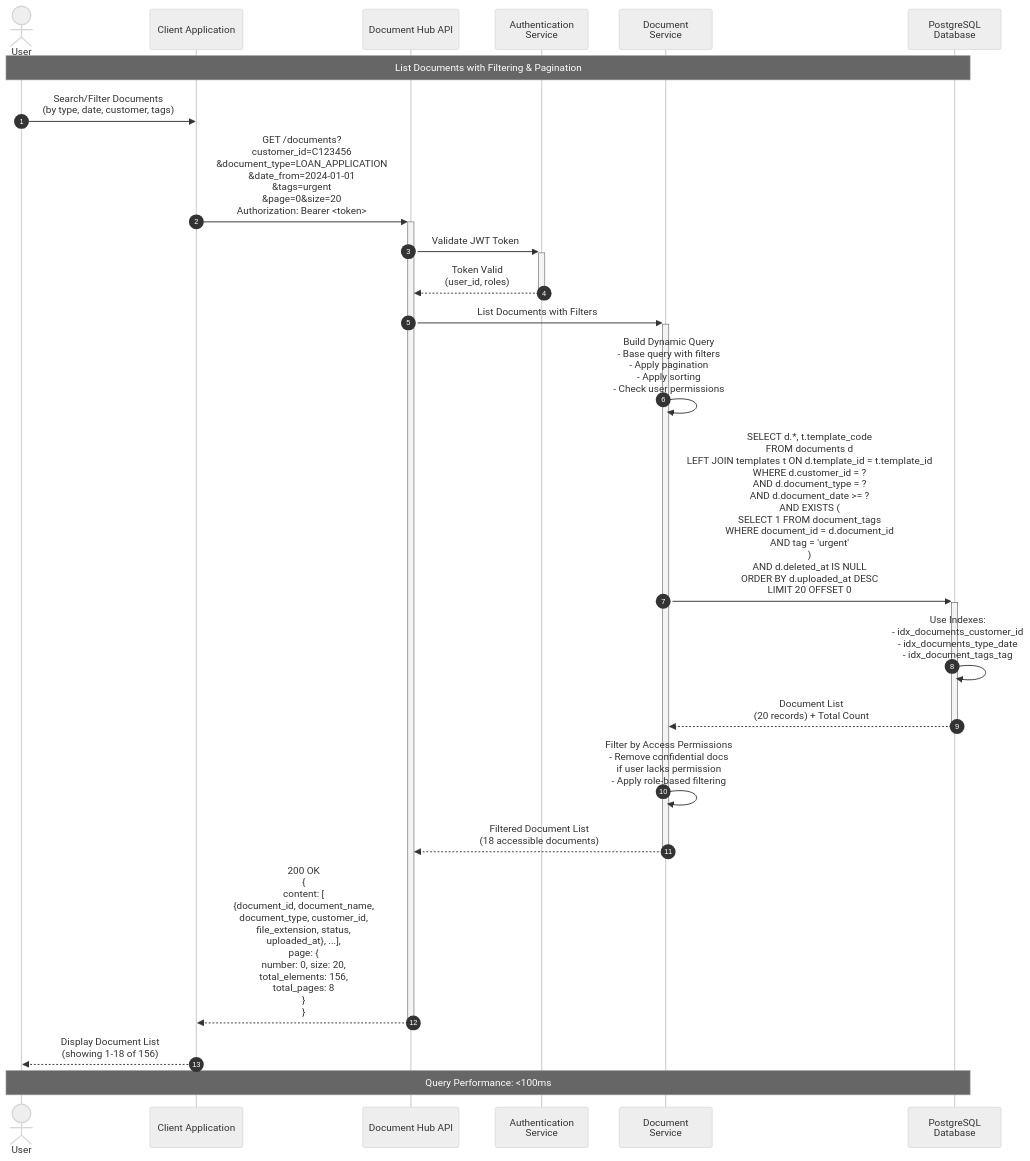
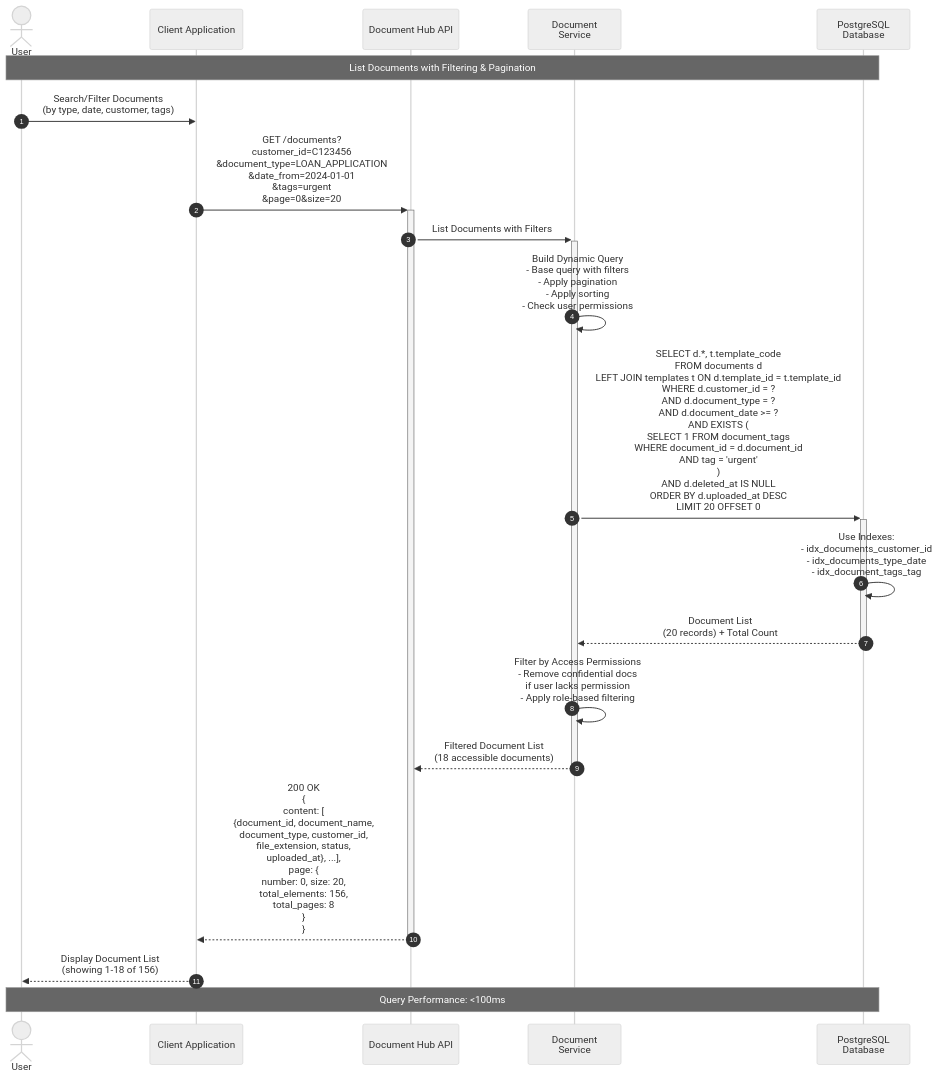
One commit to ghmd86/document-hub changed the third of 3 diagrams in document_retrieval_download_flow_sequence_diagram.md. Above: the diagram before and after it, drawn with Mermaid (neutral theme). The commit also changed other lines of this file and 5 other files, not shown here.

First line of the commit message:
Remove authentication steps from sequence diagrams

````diff
--- a/document_retrieval_download_flow_sequence_diagram.md
+++ b/document_retrieval_download_flow_sequence_diagram.md
@@ -137,38 +129,34 @@
 ```mermaid
 sequenceDiagram
     autonumber
     actor User
     participant Client as Client Application
     participant API as Document Hub API
-    participant Auth as Authentication<br/>Service
     participant DocService as Document<br/>Service
     participant DB as PostgreSQL<br/>Database
 
     Note over User,DB: List Documents with Filtering & Pagination
 
     User->>Client: Search/Filter Documents<br/>(by type, date, customer, tags)
-    Client->>+API: GET /documents?<br/>customer_id=C123456<br/>&document_type=LOAN_APPLICATION<br/>&date_from=2024-01-01<br/>&tags=urgent<br/>&page=0&size=20<br/>Authorization: Bearer <token>
-
-    API->>+Auth: Validate JWT Token
-    Auth-->>-API: Token Valid<br/>(user_id, roles)
+    Client->>+API: GET /documents?<br/>customer_id=C123456<br/>&document_type=LOAN_APPLICATION<br/>&date_from=2024-01-01<br/>&tags=urgent<br/>&page=0&size=20
 
     API->>+DocService: List Documents with Filters
 
     DocService->>DocService: Build Dynamic Query<br/>- Base query with filters<br/>- Apply pagination<br/>- Apply sorting<br/>- Check user permissions
 
     DocService->>+DB: SELECT d.*, t.template_code<br/>FROM documents d<br/>LEFT JOIN templates t ON d.template_id = t.template_id<br/>WHERE d.customer_id = ?<br/>AND d.document_type = ?<br/>AND d.document_date >= ?<br/>AND EXISTS (<br/>  SELECT 1 FROM document_tags<br/>  WHERE document_id = d.document_id<br/>  AND tag = 'urgent'<br/>)<br/>AND d.deleted_at IS NULL<br/>ORDER BY d.uploaded_at DESC<br/>LIMIT 20 OFFSET 0
 
     DB->>DB: Use Indexes:<br/>- idx_documents_customer_id<br/>- idx_documents_type_date<br/>- idx_document_tags_tag
 
     DB-->>-DocService: Document List<br/>(20 records) + Total Count
 
     DocService->>DocService: Filter by Access Permissions<br/>- Remove confidential docs<br/>  if user lacks permission<br/>- Apply role-based filtering
 
     DocService-->>-API: Filtered Document List<br/>(18 accessible documents)
 
     API-->>-Client: 200 OK<br/>{<br/>  content: [<br/>    {document_id, document_name,<br/>     document_type, customer_id,<br/>     file_extension, status,<br/>     uploaded_at}, ...],<br/>  page: {<br/>    number: 0, size: 20,<br/>    total_elements: 156,<br/>    total_pages: 8<br/>  }<br/>}
 
     Client-->>User: Display Document List<br/>(showing 1-18 of 156)
 
     Note over User,DB: Query Performance: <100ms
 ```
````
